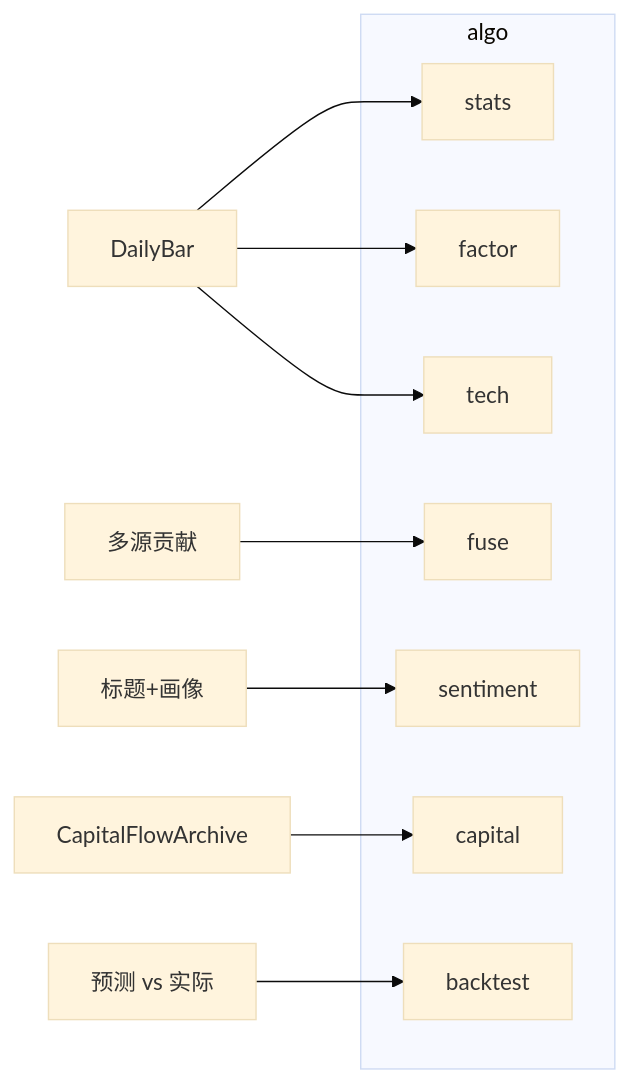
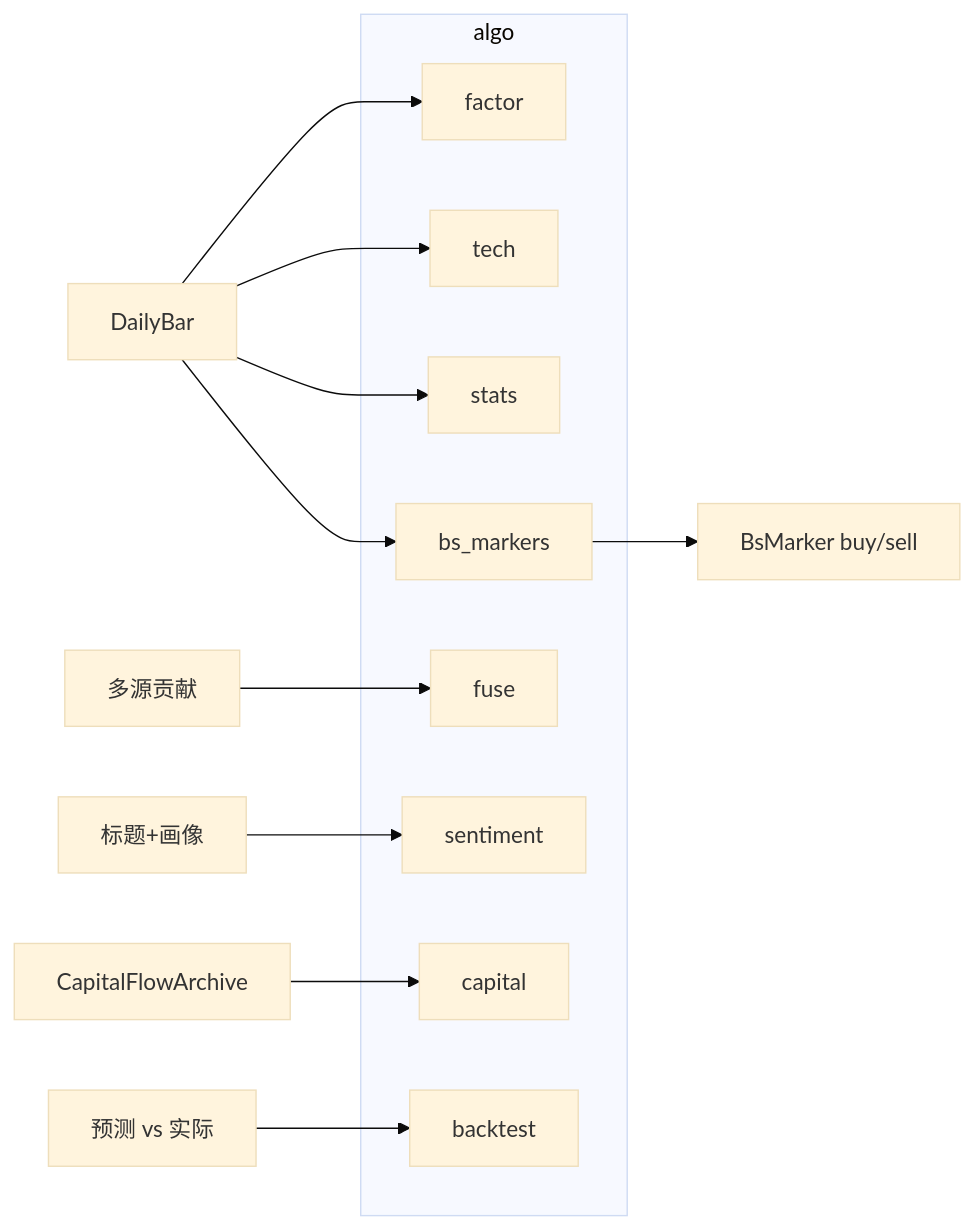
Diagram 11 of 19 in docs/软件设计说明.md (wuyanwen1997-wyw/stock-predict), drawn with Mermaid (base theme) before and after one commit. The commit also changed other lines of this file and 10 other files, not shown here.

````diff
--- a/docs/软件设计说明.md
+++ b/docs/软件设计说明.md
@@ -447,17 +454,19 @@
 ```mermaid
 flowchart LR
     subgraph algo
         STAT[stats]
         FAC[factor]
         TECH[tech]
         FUSE[fuse]
         SENT[sentiment]
         CAP[capital]
         BTA[backtest]
+        BSM[bs_markers]
     end
-    BARS[DailyBar] --> FAC & TECH & STAT
+    BARS[DailyBar] --> FAC & TECH & STAT & BSM
     TITLES[标题+画像] --> SENT
     ARCH[CapitalFlowArchive] --> CAP
     SIGS[多源贡献] --> FUSE
     PREDvsACT[预测 vs 实际] --> BTA
+    BSM --> MARK[BsMarker buy/sell]
 ```
````
